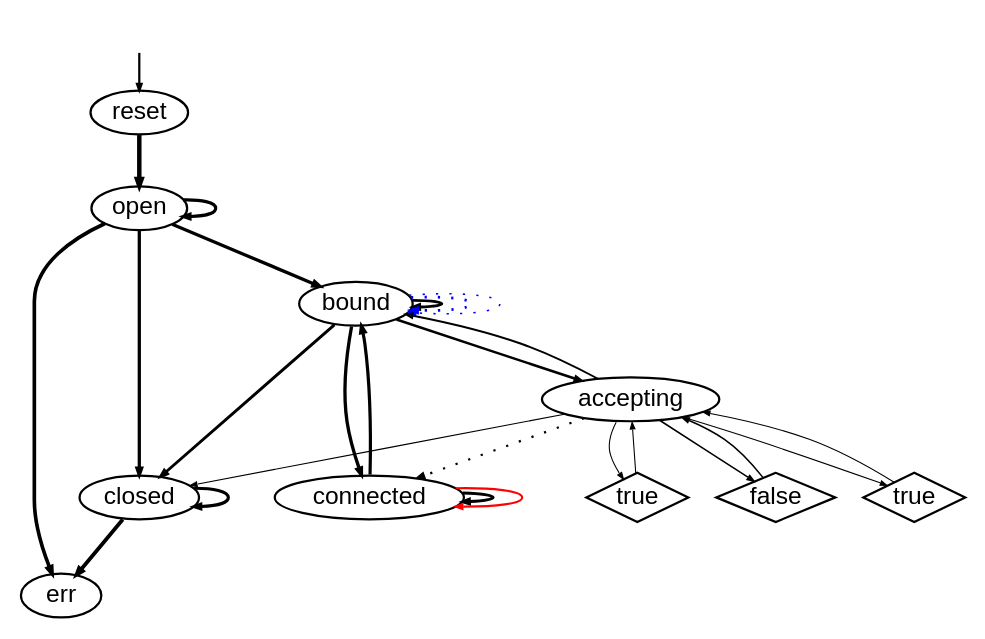
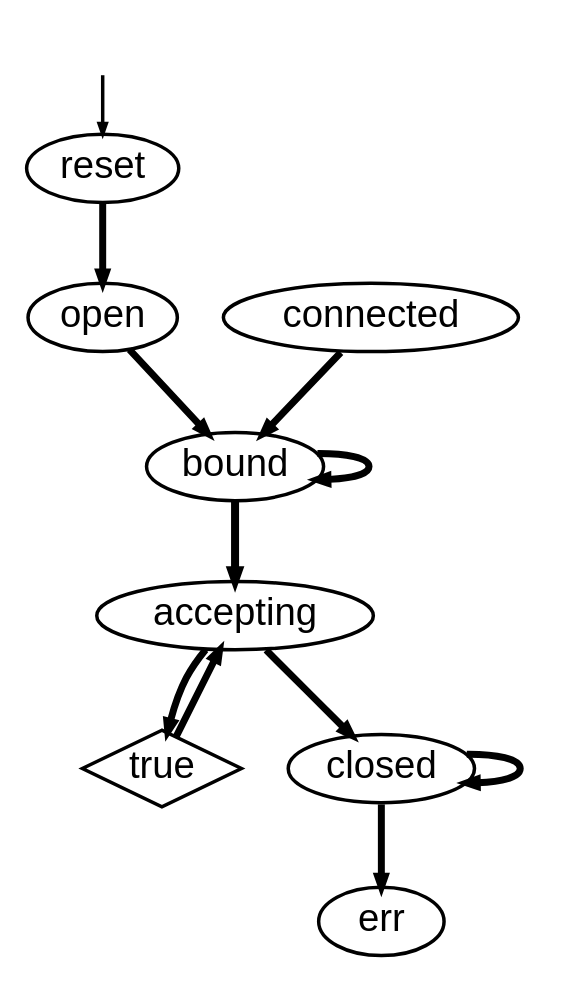
The diagram in modbat.examples.JavaNioServerSocket-root-StateGraph.dot (georgewbar/modbat), drawn with Graphviz before and after one commit. The commit also changed 4 other files, not shown here.

```diff
--- a/modbat.examples.JavaNioServerSocket-root-StateGraph.dot
+++ b/modbat.examples.JavaNioServerSocket-root-StateGraph.dot
@@ -1,12 +1,10 @@
 digraph model {
   orientation = portrait;
   graph [ rankdir = "TB", ranksep="0.08", nodesep="0.18", size="8!" ];
   node [ fontname = "Helvetica", fontsize="11.0", shape="ellipse", margin="0.01", height="0.1", width="0.5" ];
   edge [ fontname = "Helvetica", arrowsize=".3", arrowhead="normal", fontsize="6.0", margin="0.05" ];
 None [shape=none, style=invis, width=0.1, height=0.1];
 None->reset;
 {rank = source; None}
-reset->open[penwidth="2.0043213737826426",label = " "];open->err[penwidth="1.6334684555795864",label = " "];open->open[penwidth="1.4313637641589874",label = " "];open->closed[penwidth="1.462397997898956",label = " "];closed->err[penwidth="1.7075701760979363",label = " "];closed->closed[penwidth="1.3979400086720377",label = " "];open->bound[penwidth="1.4913616938342726",label = " "];bound->bound[penwidth="1.2787536009528289",label = " "];bound->closed[penwidth="1.3222192947339193",label = " "];bound->bound[style=dotted, color=blue,penwidth="1.2304489213782739",label = " "];bound->connected[penwidth="1.4913616938342726",label = " "];connected->bound[penwidth="1.4313637641589874",label = " "];connected->connected[penwidth="1.3222192947339193",label = " "];connected->connected[color=red,penwidth="0.9542425094393249",label = " "];bound->bound[style=dotted, color=blue,penwidth="0.6989700043360189",label = " "];bound->accepting[penwidth="1.1139433523068367",label = " "];"7-0-true-OK-1" [label="true" , shape=diamond, width=0.2, height=0.3, fontsize=11, xlabel=""];
-accepting->"7-0-true-OK-1"[penwidth="0.47712125471966244",label = " "];"7-0-true-OK-1"->accepting[penwidth="0.47712125471966244",label = " "];accepting->connected[style=dotted];"7-0-false-OK-2" [label="false" , shape=diamond, width=0.2, height=0.3, fontsize=11, xlabel=""];
-accepting->"7-0-false-OK-2"[penwidth="0.6989700043360189",label = " "];"7-0-false-OK-2"->accepting[penwidth="0.6989700043360189",label = " "];"7-0-true-OK-3" [label="true" , shape=diamond, width=0.2, height=0.3, fontsize=11, xlabel=""];
-accepting->"7-0-true-OK-3"[penwidth="0.47712125471966244",label = " "];"7-0-true-OK-3"->accepting[penwidth="0.47712125471966244",label = " "];accepting->closed[penwidth="0.47712125471966244",label = " "];accepting->bound[penwidth="0.8450980400142568",label = " "];}
+reset->open[penwidth="2.0043213737826426",label = " "];open->bound[penwidth="2.0043213737826426",label = " "];bound->bound[penwidth="2.0043213737826426",label = " "];bound->accepting[penwidth="2.303196057420489",label = " "];"7-0-true-OK-1" [label="true" , shape=diamond, width=0.2, height=0.3, fontsize=11, xlabel=""];
+accepting->"7-0-true-OK-1"[penwidth="2.0043213737826426",label = " "];"7-0-true-OK-1"->accepting[penwidth="2.0043213737826426",label = " "];connected->bound[penwidth="2.0043213737826426",label = " "];accepting->closed[penwidth="2.0043213737826426",label = " "];closed->closed[penwidth="2.0043213737826426",label = " "];closed->err[penwidth="2.0043213737826426",label = " "];}
```
